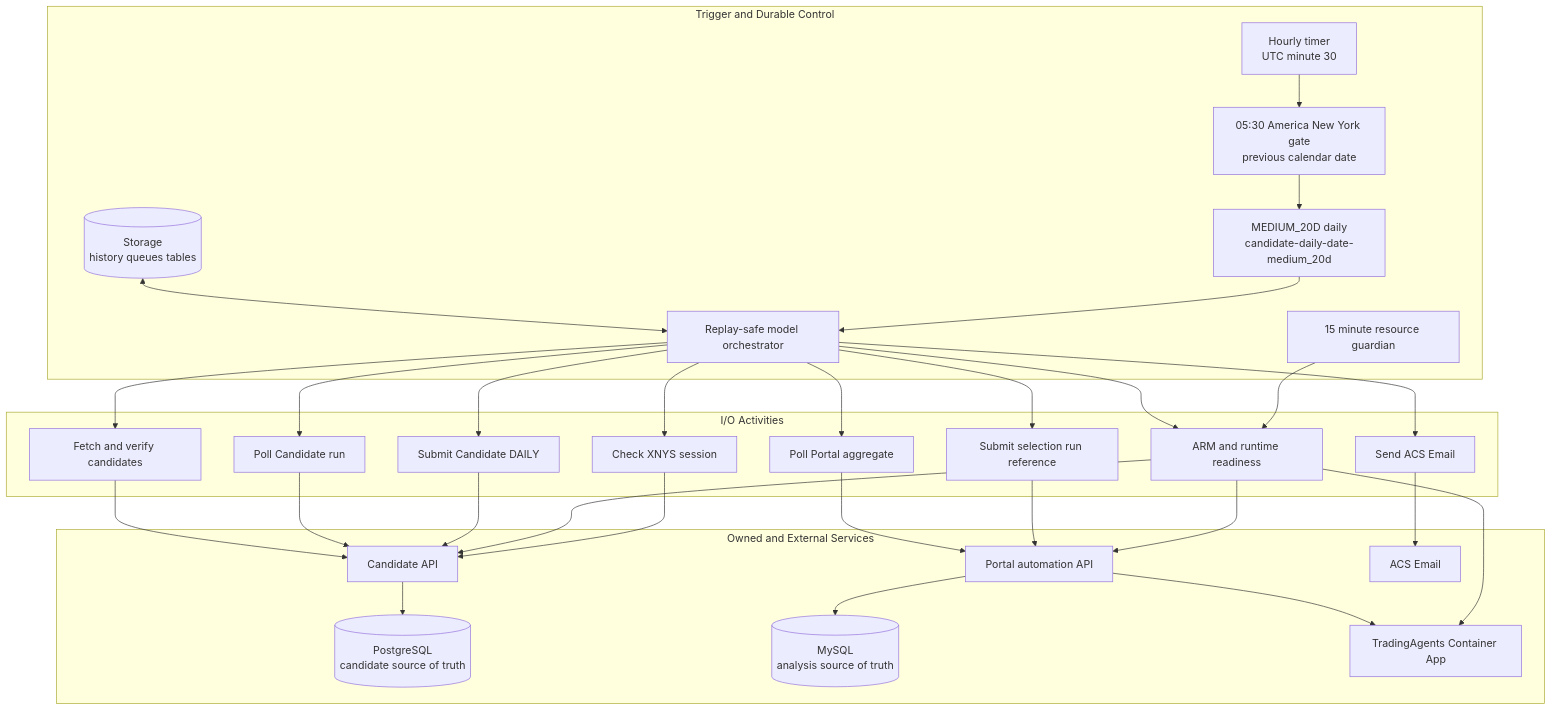
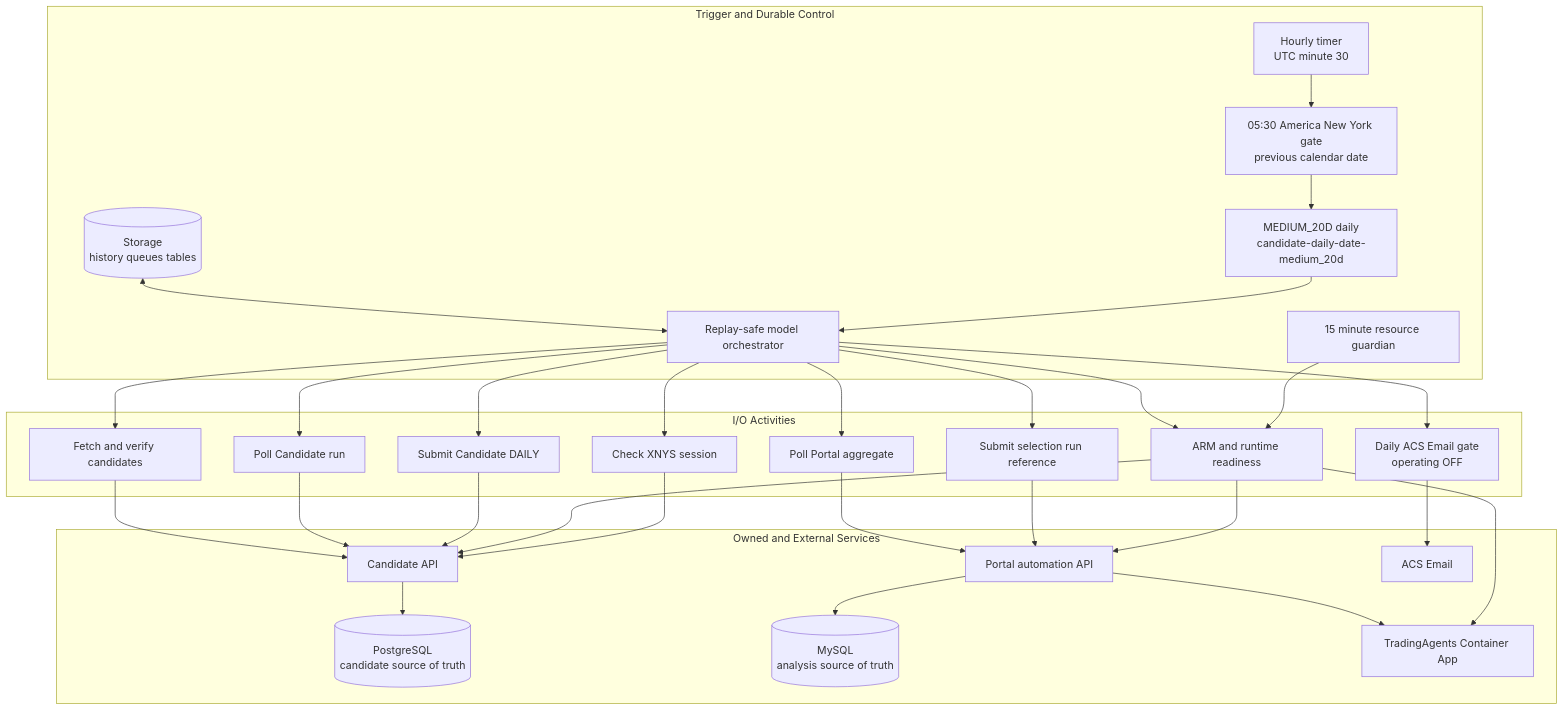
The first of 4 diagrams in .github/modernize/assessment/engines/facts/orchestrator-architecture.md (brjeong-private/sp500-candidate-engine), drawn with Mermaid before and after one commit. The commit also changed other lines of this file and 13 other files, not shown here.

Commit message:
docs: align pipeline and LLM architecture with operational state

````diff
--- a/.github/modernize/assessment/engines/facts/orchestrator-architecture.md
+++ b/.github/modernize/assessment/engines/facts/orchestrator-architecture.md
@@ -33,50 +34,50 @@
 ```mermaid
 flowchart TB
     subgraph Trigger["Trigger and Durable Control"]
         Timer["Hourly timer<br/>UTC minute 30"]
         Guardian["15 minute resource guardian"]
         Gate["05:30 America New York gate<br/>previous calendar date"]
         Medium["MEDIUM_20D daily<br/>candidate-daily-date-medium_20d"]
         Workflow["Replay-safe model orchestrator"]
         DurableState[("Storage<br/>history queues tables")]
     end
 
     subgraph Activities["I/O Activities"]
         Session["Check XNYS session"]
         Ready["ARM and runtime readiness"]
         SubmitCandidate["Submit Candidate DAILY"]
         PollCandidate["Poll Candidate run"]
         Verify["Fetch and verify candidates"]
         SubmitPortal["Submit selection run reference"]
         PollPortal["Poll Portal aggregate"]
-        Notify["Send ACS Email"]
+        Notify["Daily ACS Email gate<br/>operating OFF"]
     end
 
     subgraph Services["Owned and External Services"]
         Candidate["Candidate API"]
         CandidateDb[("PostgreSQL<br/>candidate source of truth")]
         Portal["Portal automation API"]
         PortalDb[("MySQL<br/>analysis source of truth")]
         Trading["TradingAgents Container App"]
         Email["ACS Email"]
     end
 
     Timer --> Gate --> Medium
     Guardian --> Ready
     Medium --> Workflow
     DurableState <--> Workflow
     Workflow --> Session --> Candidate
     Workflow --> Ready
     Ready --> Candidate
     Ready --> Portal
     Ready --> Trading
     Workflow --> SubmitCandidate --> Candidate
     Workflow --> PollCandidate --> Candidate
     Candidate --> CandidateDb
     Workflow --> Verify --> Candidate
     Workflow --> SubmitPortal --> Portal
     Workflow --> PollPortal --> Portal
     Portal --> PortalDb
     Portal --> Trading
     Workflow --> Notify --> Email
 ```
````
